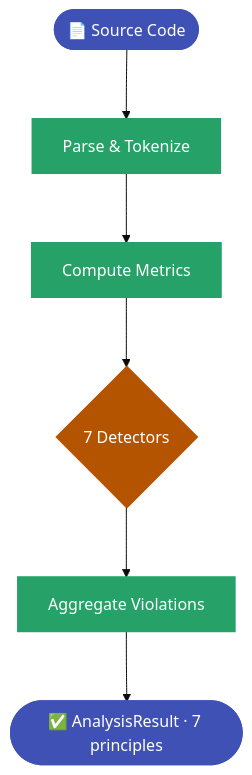
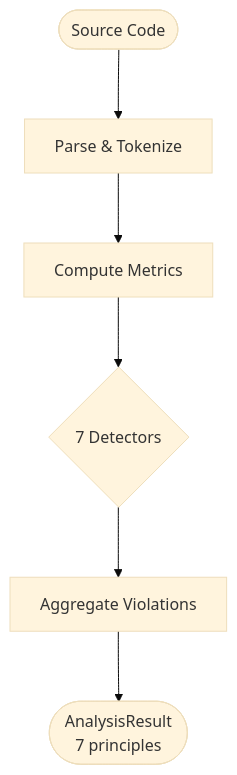
One commit to Anselmoo/mcp-zen-of-languages changed the third of 4 diagrams in docs/user-guide/languages/terraform.md. Above: the diagram before and after it, drawn with Mermaid. The commit also changed other lines of this file and 18 other files, not shown here.

````diff
--- a/docs/user-guide/languages/terraform.md
+++ b/docs/user-guide/languages/terraform.md
@@ -217,16 +183,9 @@
     ```mermaid
-%%{init: {"theme": "base", "flowchart": {"useMaxWidth": false, "htmlLabels": true, "nodeSpacing": 50, "rankSpacing": 70}}}%%
+    %%{init: {"theme": "base", "flowchart": {"useMaxWidth": false, "htmlLabels": true, "nodeSpacing": 50, "rankSpacing": 70}}}%%
     flowchart TD
-    Source(["📄 Source Code"]) --> Parse["Parse & Tokenize"]
+    Source(["Source Code"]) --> Parse["Parse & Tokenize"]
     Parse --> Metrics["Compute Metrics"]
     Metrics --> Pipeline{"7 Detectors"}
     Pipeline --> Collect["Aggregate Violations"]
-    Collect --> Result(["✅ AnalysisResult · 7 principles"])
-
-    classDef io fill:#4051b5,color:#ffffff,stroke:#4051b5,stroke-width:2px
-    classDef process fill:#26a269,color:#ffffff,stroke:#26a269,stroke-width:2px
-    classDef decision fill:#b55400,color:#ffffff,stroke:#b55400,stroke-width:2px
-    class Source,Result io
-    class Parse,Metrics,Collect process
-    class Pipeline decision
+    Collect --> Result(["AnalysisResult<br/>7 principles"])
     ```
````
